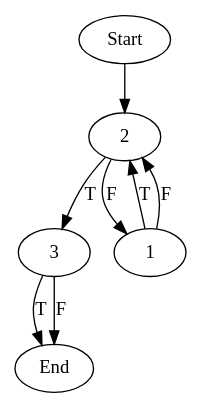
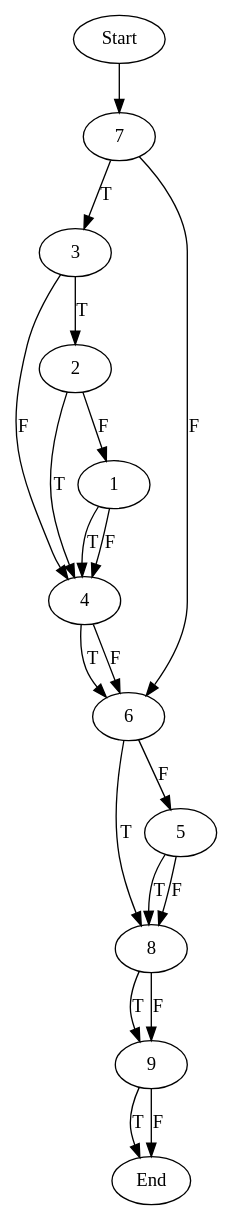
One commit to echancrure/Sikraken changed the diagram in Parser/input.dot. Above: the diagram before and after it, drawn with Graphviz. The commit also changed 6 other files, not shown here.

```diff
--- a/Parser/input.dot
+++ b/Parser/input.dot
@@ -1,9 +1,21 @@
 digraph CFG {
-"Start" -> "2"	 
-"3" -> "End" [label = "T"];
-"3" -> "End" [label = "F"];
-"2" -> "3" [label = "T"];
+"Start" -> "7"	 
+"9" -> "End" [label = "T"];
+"9" -> "End" [label = "F"];
+"8" -> "9" [label = "T"];
+"8" -> "9" [label = "F"];
+"7" -> "3" [label = "T"];
+"7" -> "6" [label = "F"];
+"6" -> "8" [label = "T"];
+"6" -> "5" [label = "F"];
+"5" -> "8" [label = "T"];
+"5" -> "8" [label = "F"];
+"4" -> "6" [label = "T"];
+"4" -> "6" [label = "F"];
+"3" -> "2" [label = "T"];
+"3" -> "4" [label = "F"];
+"2" -> "4" [label = "T"];
 "2" -> "1" [label = "F"];
-"1" -> "2" [label = "T"];
-"1" -> "2" [label = "F"];
+"1" -> "4" [label = "T"];
+"1" -> "4" [label = "F"];
 }
```
